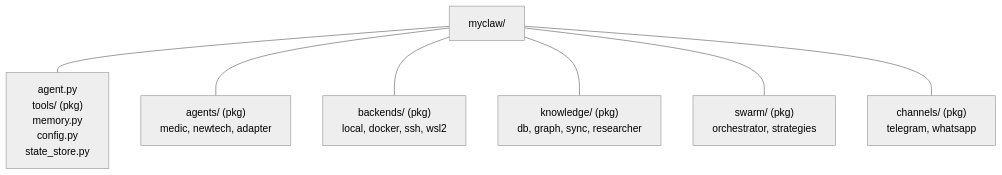
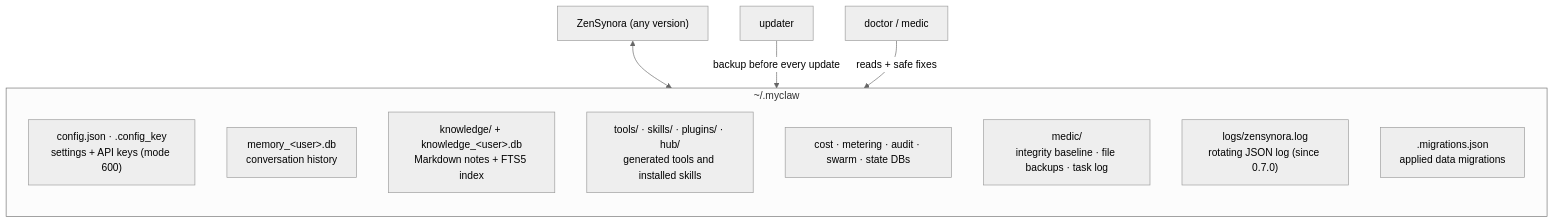
One commit to adrianx26/zensynora changed the eighth of 11 diagrams in docs/architecture_diagram.md. Above: the diagram before and after it, drawn with Mermaid (neutral theme). The commit also changed other lines of this file and 153 other files, not shown here.

````diff
--- a/docs/architecture_diagram.md
+++ b/docs/architecture_diagram.md
@@ -256,10 +269,17 @@
 ```mermaid
-flowchart TD
-    Root["myclaw/"]
-    Root --- Core["agent.py<br/>tools/ (pkg)<br/>memory.py<br/>config.py<br/>state_store.py"]
-    Root --- Agents["agents/ (pkg)<br/>medic, newtech, adapter"]
-    Root --- Backends["backends/ (pkg)<br/>local, docker, ssh, wsl2"]
-    Root --- Knowledge["knowledge/ (pkg)<br/>db, graph, sync, researcher"]
-    Root --- Swarm["swarm/ (pkg)<br/>orchestrator, strategies"]
-    Root --- Channels["channels/ (pkg)<br/>telegram, whatsapp"]
+flowchart TB
+    subgraph data["~/.myclaw"]
+        direction TB
+        cfgf["config.json · .config_key<br/>settings + API keys (mode 600)"]
+        mem["memory_&lt;user&gt;.db<br/>conversation history"]
+        kdb["knowledge/ + knowledge_&lt;user&gt;.db<br/>Markdown notes + FTS5 index"]
+        tlb["tools/ · skills/ · plugins/ · hub/<br/>generated tools and installed skills"]
+        misc["cost · metering · audit · swarm · state DBs"]
+        med["medic/<br/>integrity baseline · file backups · task log"]
+        logs["logs/zensynora.log<br/>rotating JSON log (since 0.7.0)"]
+        mig[".migrations.json<br/>applied data migrations"]
+    end
+    app["ZenSynora (any version)"] <--> data
+    upd["updater"] -- "backup before every update" --> data
+    doc["doctor / medic"] -- "reads + safe fixes" --> data
 ```
````
